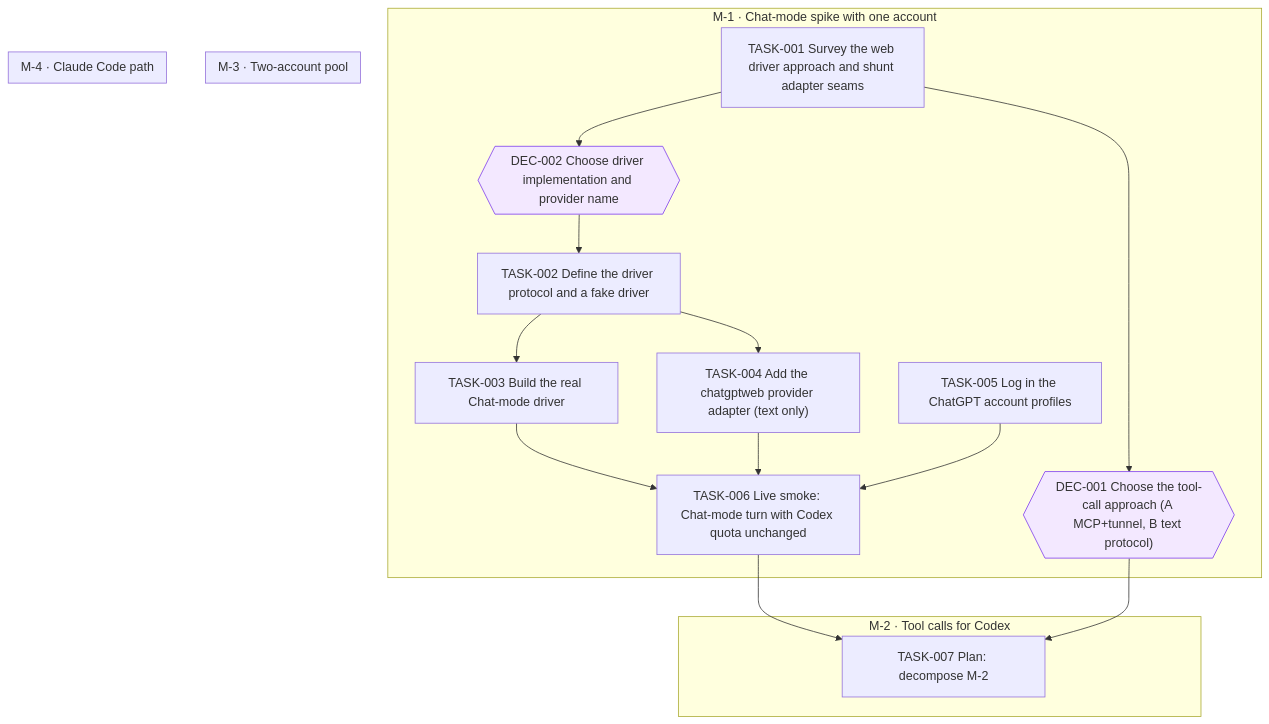
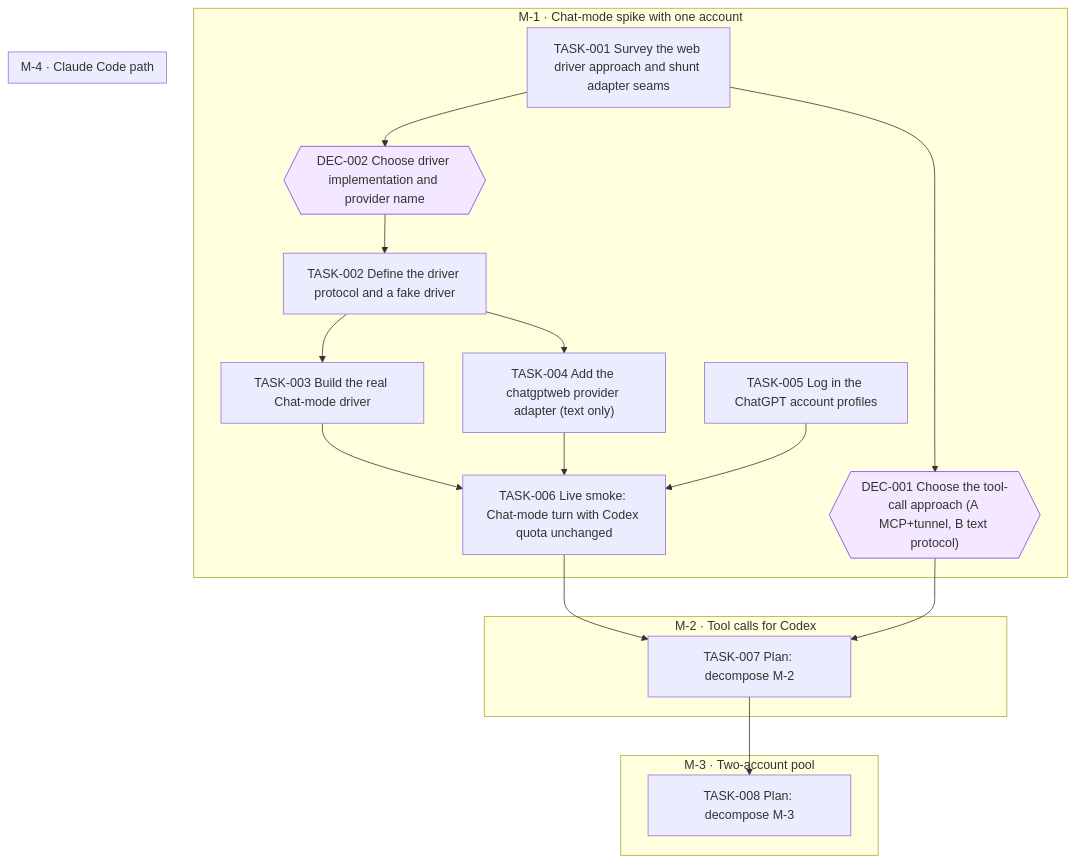
The diagram in goals/chatgptweb-provider/README.md (jesusvillota/shunt), drawn with Mermaid before and after one commit. The commit also changed 1 other file, not shown here.

Commit message:
goal(chatgptweb-provider): add TASK-008 Plan: decompose M-3

````diff
--- a/goals/chatgptweb-provider/README.md
+++ b/goals/chatgptweb-provider/README.md
@@ -132,35 +132,37 @@
 ```mermaid
 flowchart TD
   subgraph M_1["M-1 · Chat-mode spike with one account"]
     DEC_001{{"DEC-001 Choose the tool-call approach (A MCP+tunnel, B text protocol)"}}
     DEC_002{{"DEC-002 Choose driver implementation and provider name"}}
     TASK_001["TASK-001 Survey the web driver approach and shunt adapter seams"]
     TASK_002["TASK-002 Define the driver protocol and a fake driver"]
     TASK_003["TASK-003 Build the real Chat-mode driver"]
     TASK_004["TASK-004 Add the chatgptweb provider adapter (text only)"]
     TASK_005["TASK-005 Log in the ChatGPT account profiles"]
     TASK_006["TASK-006 Live smoke: Chat-mode turn with Codex quota unchanged"]
   end
   subgraph M_2["M-2 · Tool calls for Codex"]
     TASK_007["TASK-007 Plan: decompose M-2"]
   end
   subgraph M_3["M-3 · Two-account pool"]
+    TASK_008["TASK-008 Plan: decompose M-3"]
   end
   subgraph M_4["M-4 · Claude Code path"]
   end
   TASK_001 --> DEC_001
   TASK_001 --> DEC_002
   DEC_002 --> TASK_002
   TASK_002 --> TASK_003
   TASK_002 --> TASK_004
   TASK_003 --> TASK_006
   TASK_004 --> TASK_006
   TASK_005 --> TASK_006
   TASK_006 --> TASK_007
   DEC_001 --> TASK_007
+  TASK_007 --> TASK_008
   classDef draft stroke-dasharray: 4 3
   classDef cancelled opacity:0.45
   classDef decision fill:#f3e8ff,stroke:#7c3aed
   class DEC_001 decision
   class DEC_002 decision
 ```
````
